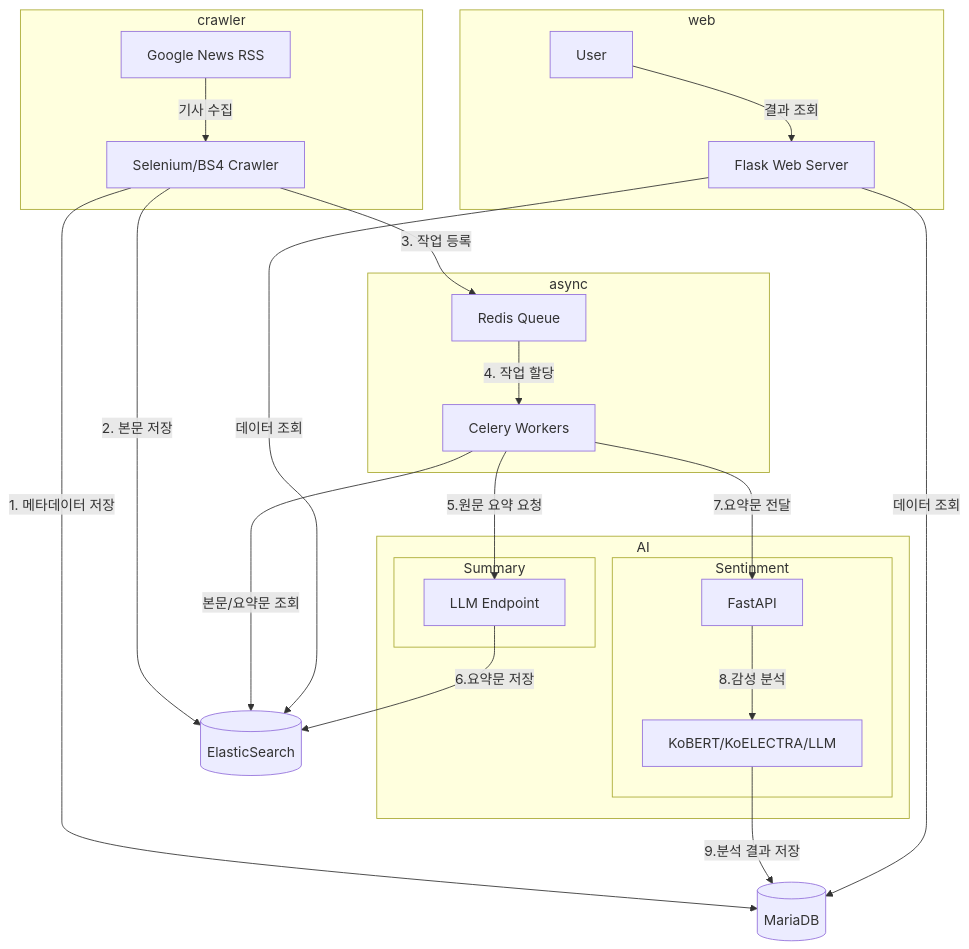
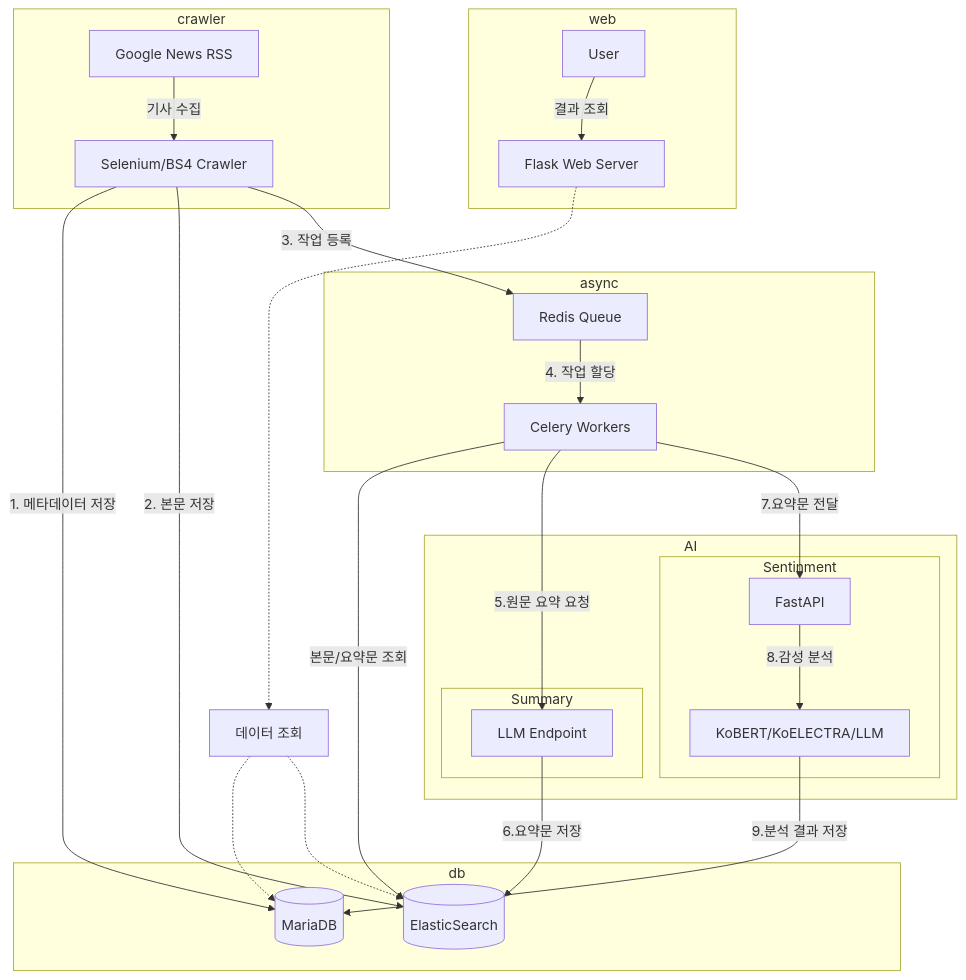
The diagram in 2-8. AI(LLM)/crawler&sentiment_analysis/v2/README.md (wocheon/2.linux), drawn with Mermaid before and after one commit. The commit also changed other lines of this file and 1 other file, not shown here.

````diff
--- a/2-8. AI(LLM)/crawler&sentiment_analysis/v2/README.md
+++ b/2-8. AI(LLM)/crawler&sentiment_analysis/v2/README.md
@@ -11,73 +11,76 @@
 ```mermaid
 graph TB
     %% 노드 정의
     RSS[Google News RSS]
     Crawler[Selenium/BS4 Crawler]
     ES[(ElasticSearch)]
     MySQL[(MariaDB)]
     Redis[Redis Queue]
     Worker[Celery Workers]
     FASTAPI[FastAPI]
     LLM[LLM Endpoint]
     Models[KoBERT/KoELECTRA/LLM]
     Web[Flask Web Server]
     User[User]
+    data[데이터 조회]
 
 
 subgraph "crawler"
     RSS
     Crawler
 end
 
 subgraph "async"
     Redis
     Worker
 end
 
 subgraph "AI"
     subgraph "Sentinment"
         FASTAPI
         Models
     end
 
     subgraph "Summary"
         LLM    
     end
 end
 
-
 subgraph "web"
     User
     Web
 end
 
+subgraph "db"
+    MySQL
+    ES
+end
 
 
 User~~~async
 web~~~async
 
 %% 수집 단계    
 RSS -->|기사 수집| Crawler
 Crawler -->|1. 메타데이터 저장| MySQL
 Crawler -->|2. 본문 저장| ES
 Crawler -->|3. 작업 등록| Redis
 
 %% 처리 단계
 Worker -->|본문/요약문 조회| ES
 Redis -->|4. 작업 할당| Worker
 
 
 %% AI 단계
 Worker -->|5.원문 요약 요청| LLM
 LLM -->|6.요약문 저장| ES
 Worker -->|7.요약문 전달| FASTAPI
 FASTAPI -->|8.감성 분석| Models
 Models -->|9.분석 결과 저장| MySQL
 
 
 
 %% 서비스 단계
 User -->|결과 조회| Web
-Web -->|데이터 조회| MySQL
-Web -->|데이터 조회| ES
+Web -.-> data -.-> MySQL & ES
 ```
````
